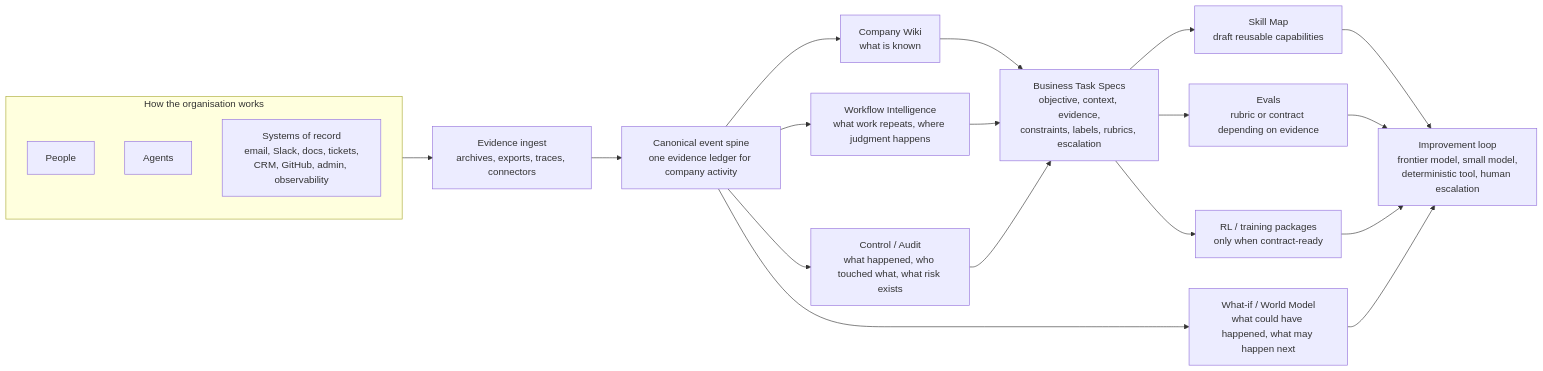
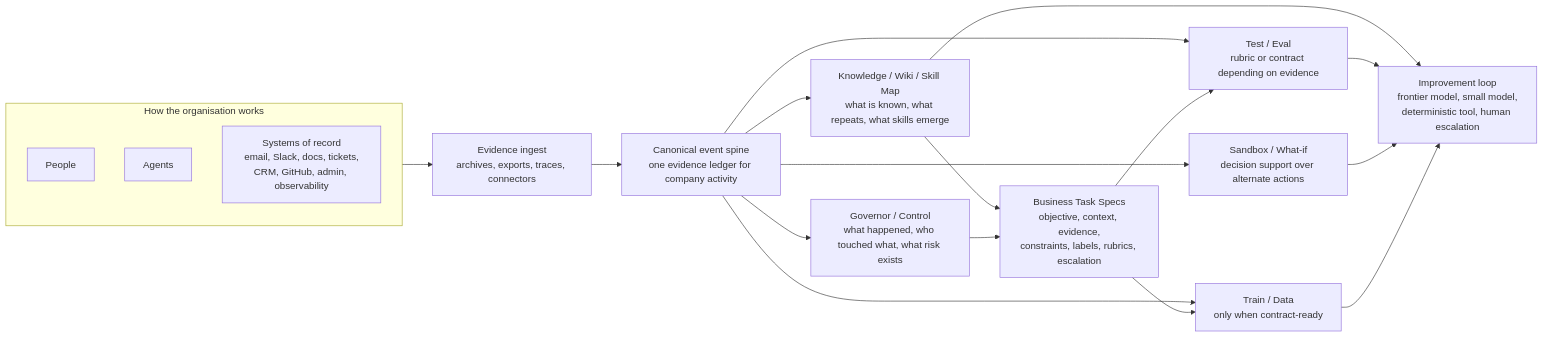
Before and after one commit to rezendi/vei: the diagram in README.md, drawn with Mermaid. The commit also changed other lines of this file and 7 other files, not shown here.

````diff
--- a/README.md
+++ b/README.md
@@ -13,30 +17,29 @@
 ```mermaid
 flowchart LR
     subgraph ORG["How the organisation works"]
         A["People"]
         B["Agents"]
         C["Systems of record<br/>email, Slack, docs, tickets,<br/>CRM, GitHub, admin, observability"]
     end
 
     ORG --> INGEST["Evidence ingest<br/>archives, exports, traces, connectors"]
 
     INGEST --> SPINE["Canonical event spine<br/>one evidence ledger for company activity"]
 
-    SPINE --> WIKI["Company Wiki<br/>what is known"]
-    SPINE --> WORKFLOW["Workflow Intelligence<br/>what work repeats, where judgment happens"]
-    SPINE --> CONTROL["Control / Audit<br/>what happened, who touched what, what risk exists"]
-    SPINE --> WHATIF["What-if / World Model<br/>what could have happened, what may happen next"]
+    SPINE --> WIKI["Knowledge / Wiki / Skill Map<br/>what is known, what repeats, what skills emerge"]
+    SPINE --> CONTROL["Governor / Control<br/>what happened, who touched what, what risk exists"]
+    SPINE --> WHATIF["Sandbox / What-if<br/>decision support over alternate actions"]
+    SPINE --> EVALS["Test / Eval<br/>rubric or contract depending on evidence"]
+    SPINE --> PACKAGES["Train / Data<br/>only when contract-ready"]
 
-    WORKFLOW --> SPEC["Business Task Specs<br/>objective, context, evidence,<br/>constraints, labels, rubrics, escalation"]
-    WIKI --> SPEC
+    WIKI --> SPEC["Business Task Specs<br/>objective, context, evidence,<br/>constraints, labels, rubrics, escalation"]
     CONTROL --> SPEC
 
-    SPEC --> SKILLS["Skill Map<br/>draft reusable capabilities"]
-    SPEC --> EVALS["Evals<br/>rubric or contract depending on evidence"]
-    SPEC --> PACKAGES["RL / training packages<br/>only when contract-ready"]
+    SPEC --> EVALS
+    SPEC --> PACKAGES
 
-    SKILLS --> IMPROVE["Improvement loop<br/>frontier model, small model,<br/>deterministic tool, human escalation"]
+    WIKI --> IMPROVE["Improvement loop<br/>frontier model, small model,<br/>deterministic tool, human escalation"]
     EVALS --> IMPROVE
     WHATIF --> IMPROVE
     PACKAGES --> IMPROVE
 ```
````
